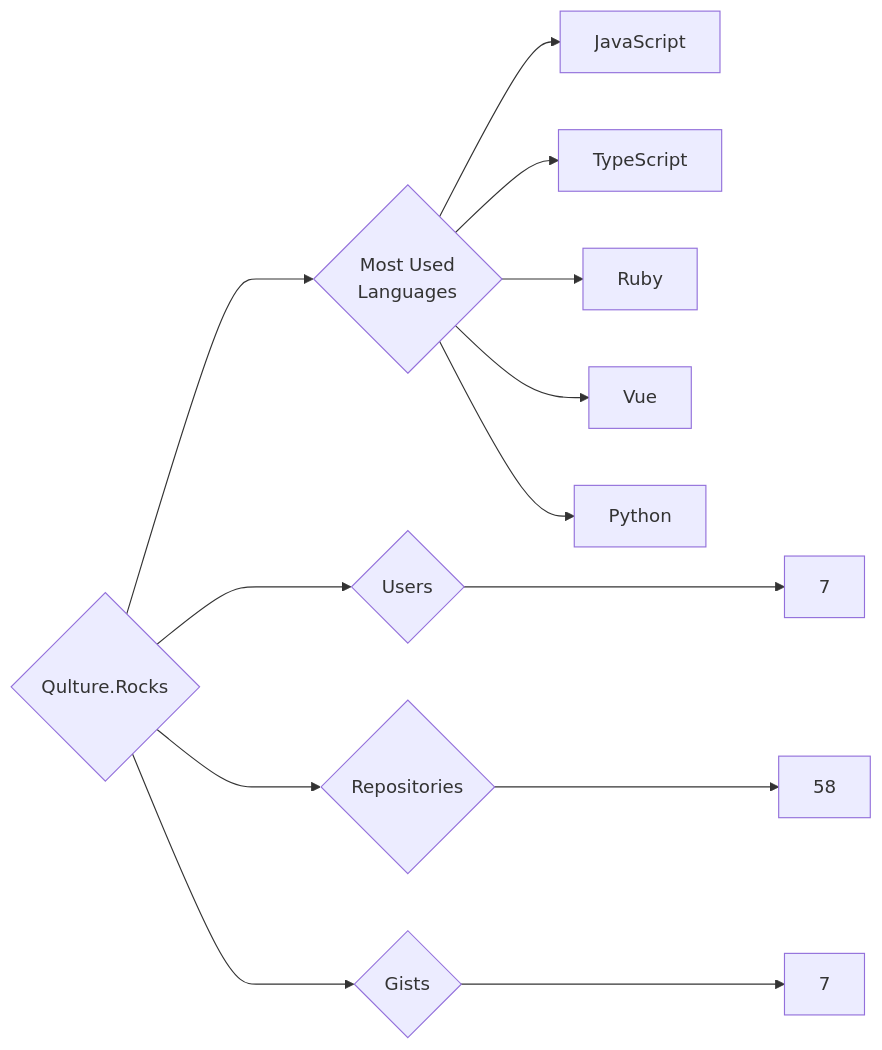
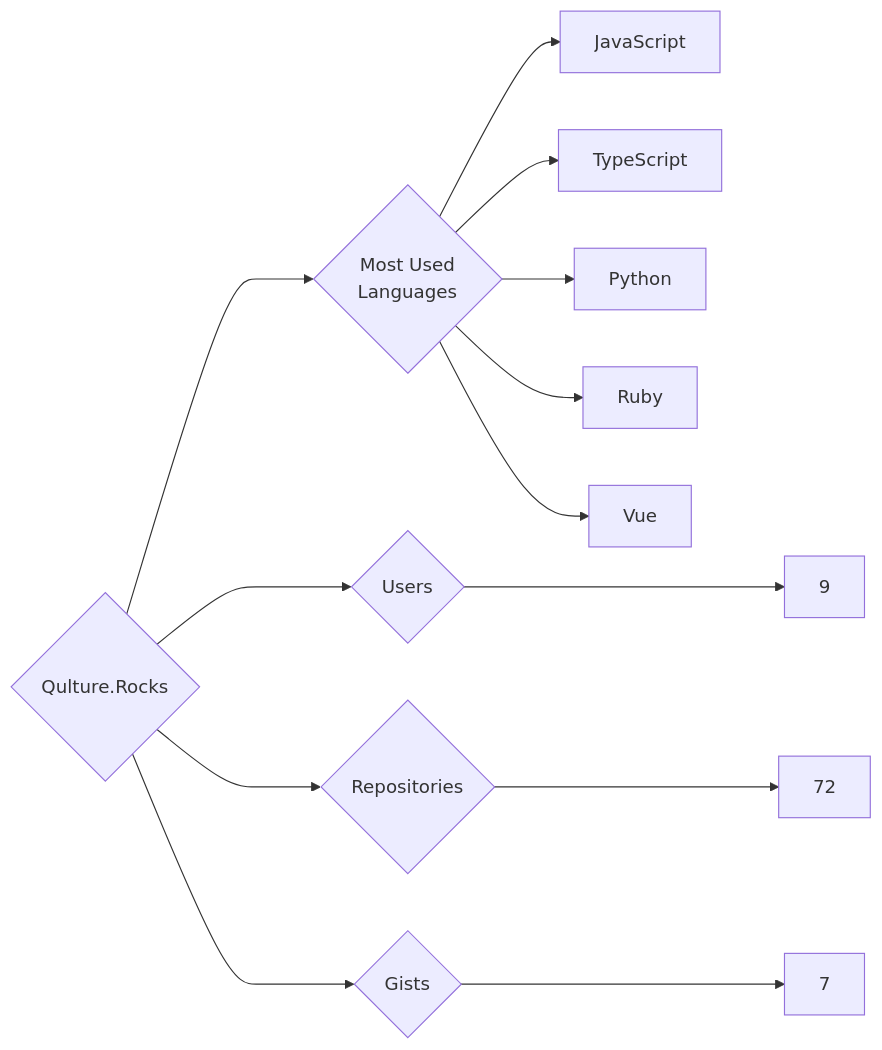
Before and after one commit to trickest/insiders: the diagram in targets/Qulture.Rocks/README.md, drawn with Mermaid. The commit also changed 1496 other files, not shown here.

````diff
--- a/targets/Qulture.Rocks/README.md
+++ b/targets/Qulture.Rocks/README.md
@@ -3,13 +3,13 @@
 ```mermaid
 graph LR
 COMPANY_NAME{Qulture.Rocks}
-COMPANY_NAME ---> U{Users} ---> UN[7]
-COMPANY_NAME ---> R{Repositories} ---> RN[58]
+COMPANY_NAME ---> U{Users} ---> UN[9]
+COMPANY_NAME ---> R{Repositories} ---> RN[72]
 COMPANY_NAME ---> G{Gists} ---> GN[7]
 COMPANY_NAME ---> ML{Most Used<br>Languages}
 ML --> JavaScript[JavaScript]
 ML --> TypeScript[TypeScript]
+ML --> Python[Python]
 ML --> Ruby[Ruby]
 ML --> Vue[Vue]
-ML --> Python[Python]
 ```
````
